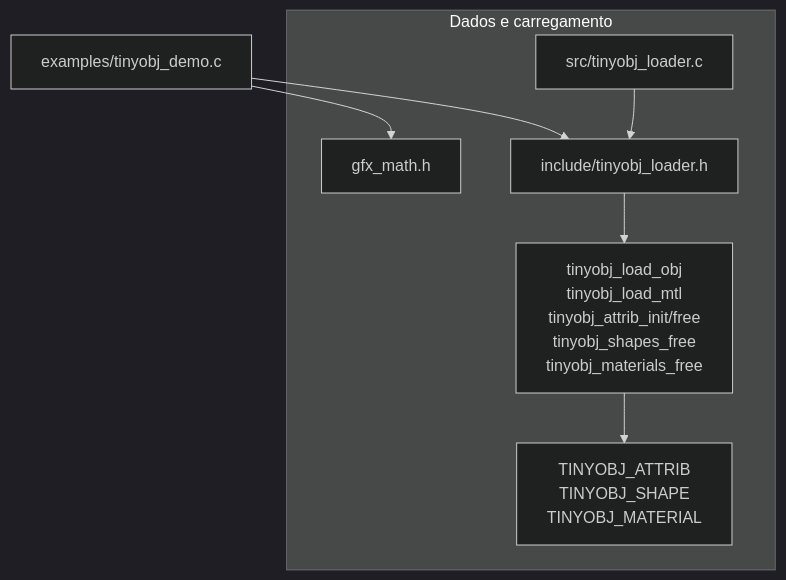
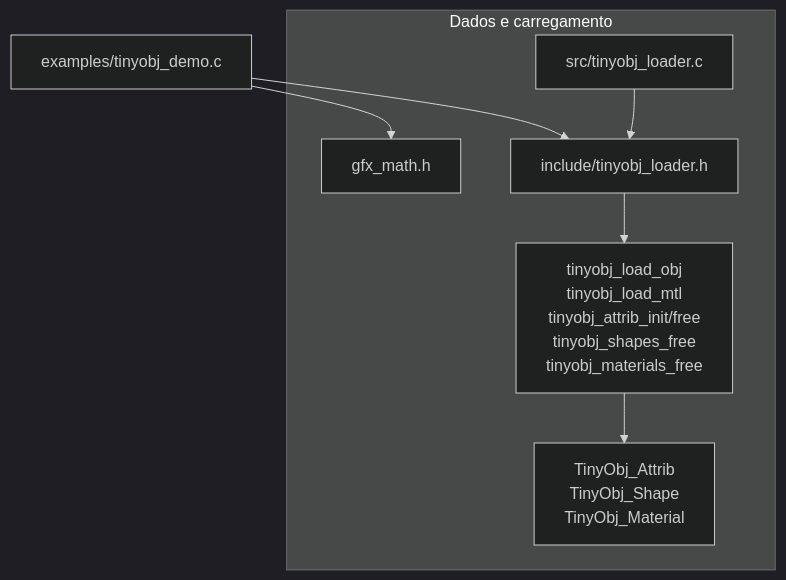
One commit to Gabryel-lima/gfx changed the second of 4 diagrams in README.md. Above: the diagram before and after it, drawn with Mermaid (dark theme). The commit also changed other lines of this file and 4 other files, not shown here.

First line of the commit message:
Refactor TinyObj types and update documentation

````diff
--- a/README.md
+++ b/README.md
@@ -74,18 +74,18 @@
 ```mermaid
 flowchart TD
   subgraph Data["Dados e carregamento"]
     math[gfx_math.h]
     tinyhdr[include/tinyobj_loader.h]
     tinyimpl[src/tinyobj_loader.c]
     tinyapi[tinyobj_load_obj<br/>tinyobj_load_mtl<br/>tinyobj_attrib_init/free<br/>tinyobj_shapes_free<br/>tinyobj_materials_free]
-    tinydata[TINYOBJ_ATTRIB<br/>TINYOBJ_SHAPE<br/>TINYOBJ_MATERIAL]
+    tinydata[TinyObj_Attrib<br/>TinyObj_Shape<br/>TinyObj_Material]
   end
 
   demo[examples/tinyobj_demo.c]
 
   tinyimpl --> tinyhdr
   tinyhdr --> tinyapi
   tinyapi --> tinydata
   demo --> math
   demo --> tinyhdr
 ```
````
